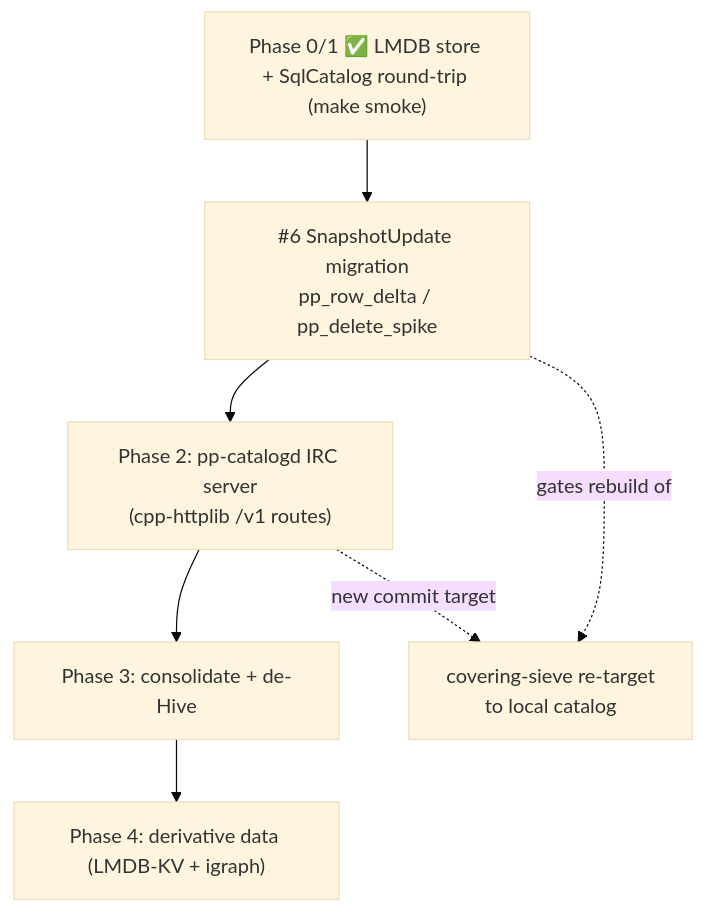
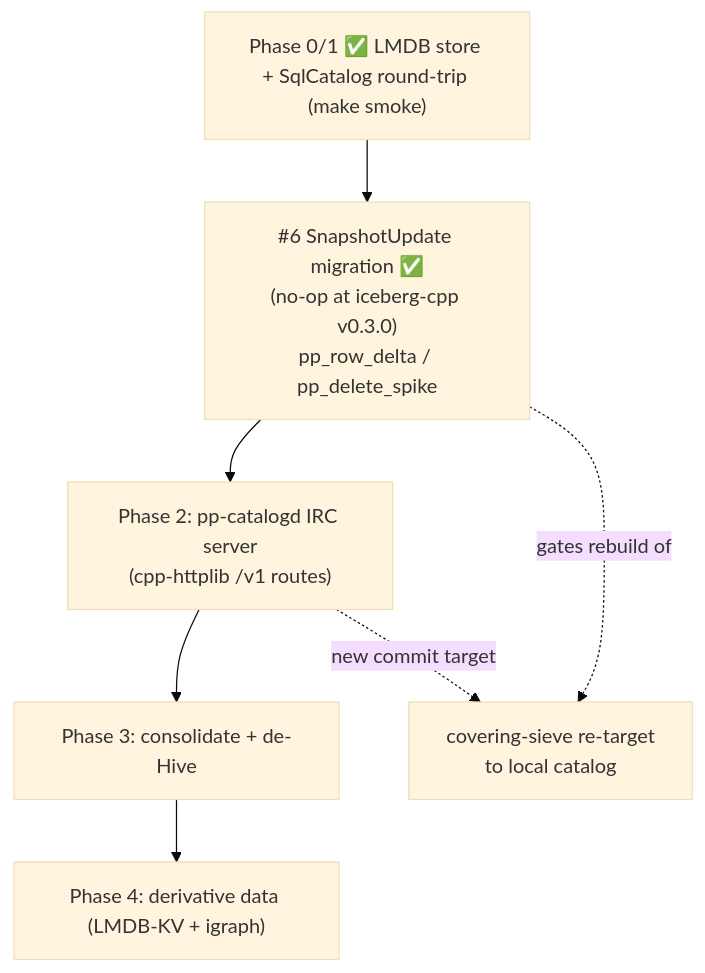
One commit to genamethi/dioph.pp changed the fourth of 5 diagrams in HANDOFF.md. Above: the diagram before and after it, drawn with Mermaid (base theme). The commit also changed other lines of this file and 2 other files, not shown here.

First line of the commit message:
docs(native): add BUILD.md, mark HANDOFF Task #6 resolved at iceberg-cpp v0.3.0

````diff
--- a/HANDOFF.md
+++ b/HANDOFF.md
@@ -474,12 +474,12 @@
 ```mermaid
 flowchart TD
   p01["Phase 0/1 ✅ LMDB store + SqlCatalog round-trip (make smoke)"]
-  t6["#6 SnapshotUpdate migration<br/>pp_row_delta / pp_delete_spike"]
+  t6["#6 SnapshotUpdate migration ✅<br/>(no-op at iceberg-cpp v0.3.0)<br/>pp_row_delta / pp_delete_spike"]
   p2["Phase 2: pp-catalogd IRC server<br/>(cpp-httplib /v1 routes)"]
   p3["Phase 3: consolidate + de-Hive"]
   p4["Phase 4: derivative data (LMDB-KV + igraph)"]
   sieve["covering-sieve re-target<br/>to local catalog"]
   p01 --> t6 --> p2 --> p3 --> p4
   t6 -. "gates rebuild of" .-> sieve
   p2 -. "new commit target" .-> sieve
 ```
````
